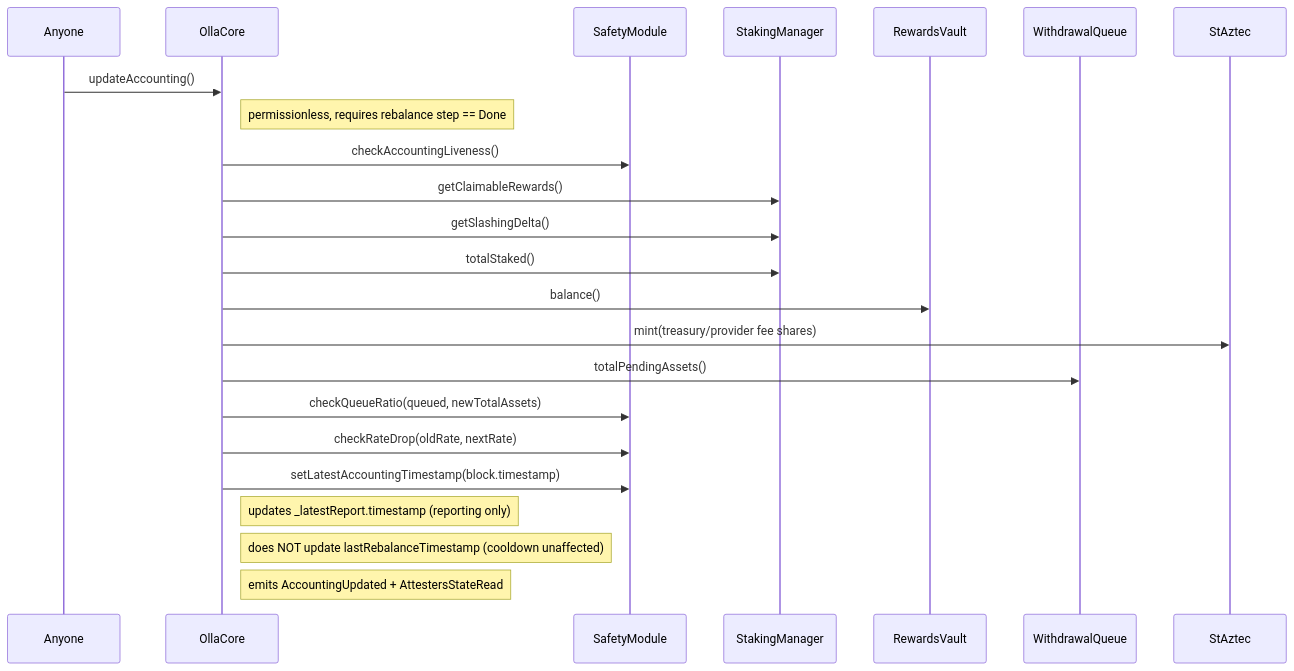
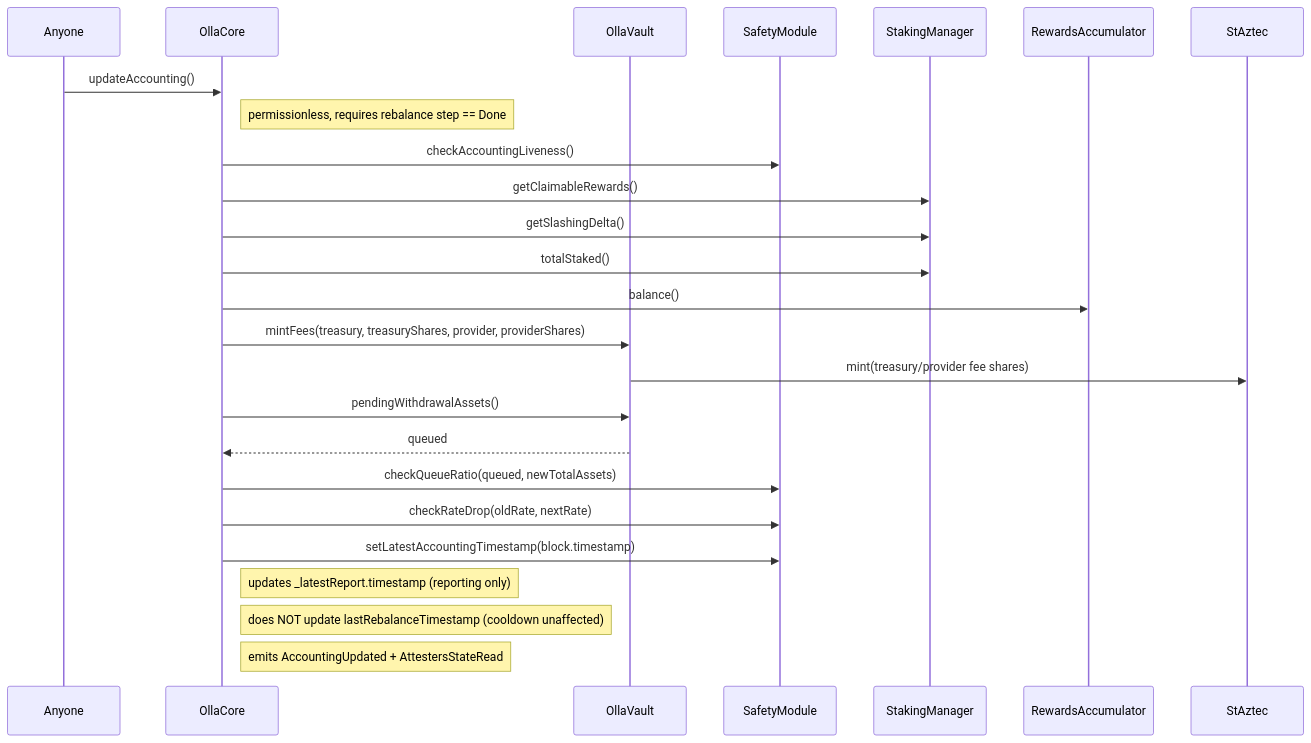
One commit to ollafinance/core changed the tenth of 10 diagrams in docs/architecture/operator-actions.md. Above: the diagram before and after it, drawn with Mermaid. The commit also changed other lines of this file and 180 other files, not shown here.

````diff
--- a/docs/architecture/operator-actions.md
+++ b/docs/architecture/operator-actions.md
@@ -279,26 +300,28 @@
 ```mermaid
 sequenceDiagram
     participant A as Anyone
     participant C as OllaCore
+    participant V as OllaVault
     participant SAF as SafetyModule
     participant SM as StakingManager
-    participant RV as RewardsVault
-    participant WQ as WithdrawalQueue
+    participant RA as RewardsAccumulator
     participant ST as StAztec
 
     A->>C: updateAccounting()
     Note right of C: permissionless, requires rebalance step == Done
     C->>SAF: checkAccountingLiveness()
     C->>SM: getClaimableRewards()
     C->>SM: getSlashingDelta()
     C->>SM: totalStaked()
-    C->>RV: balance()
-    C->>ST: mint(treasury/provider fee shares)
-    C->>WQ: totalPendingAssets()
+    C->>RA: balance()
+    C->>V: mintFees(treasury, treasuryShares, provider, providerShares)
+    V->>ST: mint(treasury/provider fee shares)
+    C->>V: pendingWithdrawalAssets()
+    V-->>C: queued
     C->>SAF: checkQueueRatio(queued, newTotalAssets)
     C->>SAF: checkRateDrop(oldRate, nextRate)
     C->>SAF: setLatestAccountingTimestamp(block.timestamp)
     Note right of C: updates _latestReport.timestamp (reporting only)
     Note right of C: does NOT update lastRebalanceTimestamp (cooldown unaffected)
     Note right of C: emits AccountingUpdated + AttestersStateRead
 ```
````
